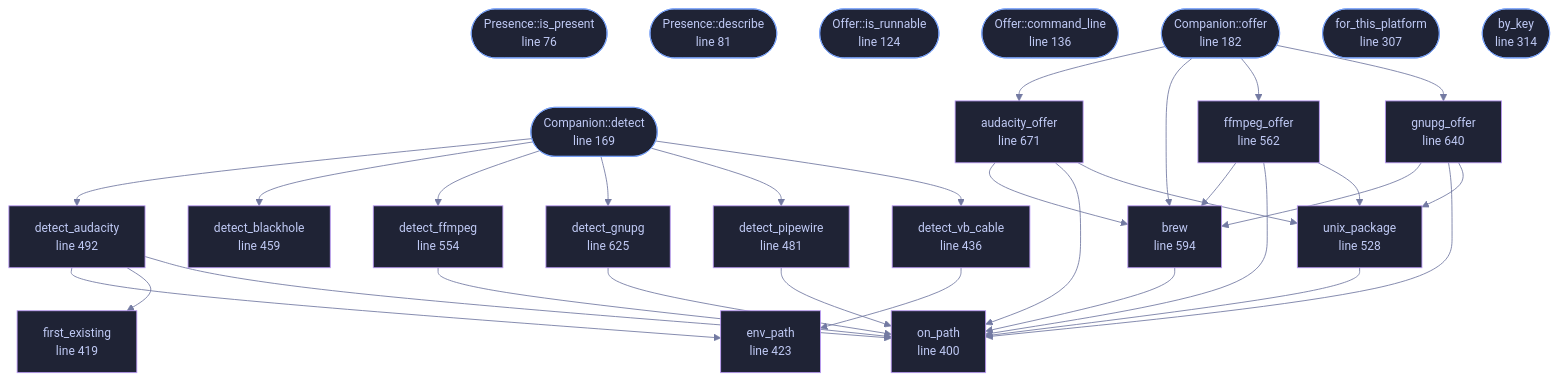
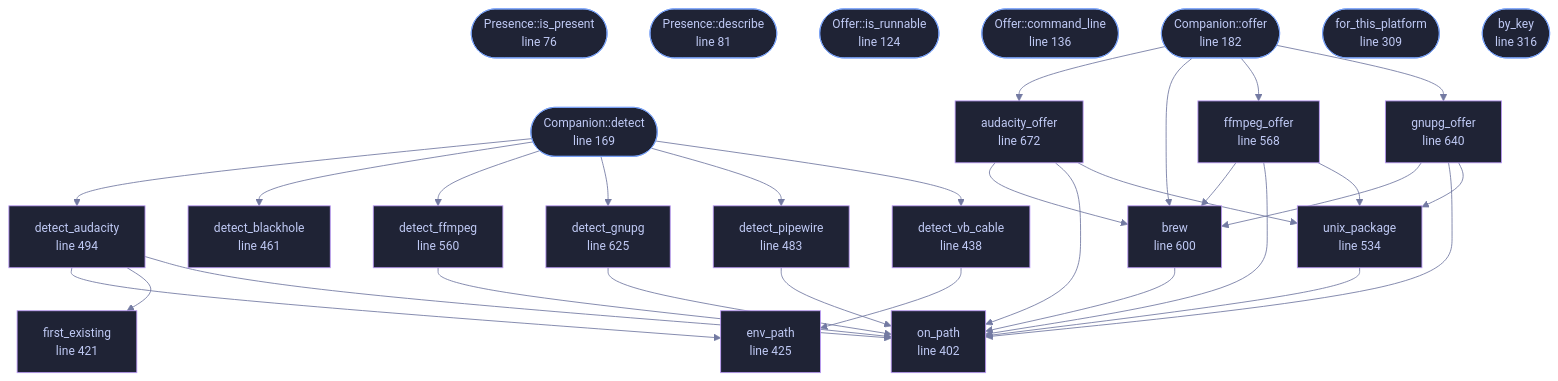
The diagram in docs/files/veilvoice-setup/companions.md (tilas01/veilvoice), drawn with Mermaid before and after one commit. The commit also changed other lines of this file and 20 other files, not shown here.

````diff
--- a/docs/files/veilvoice-setup/companions.md
+++ b/docs/files/veilvoice-setup/companions.md
@@ -123,80 +123,80 @@
 ```mermaid
 %%{init: {"theme":"base","themeVariables":{"background":"#1a1b26","primaryColor":"#1f2335","primaryTextColor":"#c0caf5","primaryBorderColor":"#7aa2f7","secondaryColor":"#16161e","tertiaryColor":"#16161e","lineColor":"#737aa2","textColor":"#c0caf5","mainBkg":"#1f2335","nodeBorder":"#7aa2f7","clusterBkg":"#16161e","clusterBorder":"#2f3549","fontFamily":"ui-monospace, SFMono-Regular, Consolas, monospace","fontSize":"14px"}}}%%
 flowchart TD
     n_is_present(["Presence::is_present<br/>line 76"])
     n_describe(["Presence::describe<br/>line 81"])
     n_is_runnable(["Offer::is_runnable<br/>line 124"])
     n_command_line(["Offer::command_line<br/>line 136"])
     n_detect(["Companion::detect<br/>line 169"])
     n_offer(["Companion::offer<br/>line 182"])
-    n_for_this_platform(["for_this_platform<br/>line 307"])
-    n_by_key(["by_key<br/>line 314"])
-    n_on_path["on_path<br/>line 400"]
-    n_first_existing["first_existing<br/>line 419"]
-    n_env_path["env_path<br/>line 423"]
-    n_detect_vb_cable["detect_vb_cable<br/>line 436"]
-    n_detect_blackhole["detect_blackhole<br/>line 459"]
-    n_detect_pipewire["detect_pipewire<br/>line 481"]
-    n_detect_audacity["detect_audacity<br/>line 492"]
-    n_unix_package["unix_package<br/>line 528"]
-    n_detect_ffmpeg["detect_ffmpeg<br/>line 554"]
-    n_ffmpeg_offer["ffmpeg_offer<br/>line 562"]
-    n_brew["brew<br/>line 594"]
+    n_for_this_platform(["for_this_platform<br/>line 309"])
+    n_by_key(["by_key<br/>line 316"])
+    n_on_path["on_path<br/>line 402"]
+    n_first_existing["first_existing<br/>line 421"]
+    n_env_path["env_path<br/>line 425"]
+    n_detect_vb_cable["detect_vb_cable<br/>line 438"]
+    n_detect_blackhole["detect_blackhole<br/>line 461"]
+    n_detect_pipewire["detect_pipewire<br/>line 483"]
+    n_detect_audacity["detect_audacity<br/>line 494"]
+    n_unix_package["unix_package<br/>line 534"]
+    n_detect_ffmpeg["detect_ffmpeg<br/>line 560"]
+    n_ffmpeg_offer["ffmpeg_offer<br/>line 568"]
+    n_brew["brew<br/>line 600"]
     n_detect_gnupg["detect_gnupg<br/>line 625"]
     n_gnupg_offer["gnupg_offer<br/>line 640"]
-    n_audacity_offer["audacity_offer<br/>line 671"]
+    n_audacity_offer["audacity_offer<br/>line 672"]
     n_audacity_offer --> n_brew
     n_audacity_offer --> n_on_path
     n_audacity_offer --> n_unix_package
     n_brew --> n_on_path
     n_detect --> n_detect_audacity
     n_detect --> n_detect_blackhole
     n_detect --> n_detect_ffmpeg
     n_detect --> n_detect_gnupg
     n_detect --> n_detect_pipewire
     n_detect --> n_detect_vb_cable
     n_detect_audacity --> n_env_path
     n_detect_audacity --> n_first_existing
     n_detect_audacity --> n_on_path
     n_detect_ffmpeg --> n_on_path
     n_detect_gnupg --> n_on_path
     n_detect_pipewire --> n_on_path
     n_detect_vb_cable --> n_env_path
     n_ffmpeg_offer --> n_brew
     n_ffmpeg_offer --> n_on_path
     n_ffmpeg_offer --> n_unix_package
     n_gnupg_offer --> n_brew
     n_gnupg_offer --> n_on_path
     n_gnupg_offer --> n_unix_package
     n_offer --> n_audacity_offer
     n_offer --> n_brew
     n_offer --> n_ffmpeg_offer
     n_offer --> n_gnupg_offer
     n_unix_package --> n_on_path
     click n_is_present href "https://github.com/tilas01/veilvoice/blob/main/crates/veilvoice-setup/src/companions.rs#L76" "open the source"
     click n_describe href "https://github.com/tilas01/veilvoice/blob/main/crates/veilvoice-setup/src/companions.rs#L81" "open the source"
     click n_is_runnable href "https://github.com/tilas01/veilvoice/blob/main/crates/veilvoice-setup/src/companions.rs#L124" "open the source"
     click n_command_line href "https://github.com/tilas01/veilvoice/blob/main/crates/veilvoice-setup/src/companions.rs#L136" "open the source"
     click n_detect href "https://github.com/tilas01/veilvoice/blob/main/crates/veilvoice-setup/src/companions.rs#L169" "open the source"
     click n_offer href "https://github.com/tilas01/veilvoice/blob/main/crates/veilvoice-setup/src/companions.rs#L182" "open the source"
-    click n_for_this_platform href "https://github.com/tilas01/veilvoice/blob/main/crates/veilvoice-setup/src/companions.rs#L307" "open the source"
-    click n_by_key href "https://github.com/tilas01/veilvoice/blob/main/crates/veilvoice-setup/src/companions.rs#L314" "open the source"
-    click n_on_path href "https://github.com/tilas01/veilvoice/blob/main/crates/veilvoice-setup/src/companions.rs#L400" "open the source"
-    click n_first_existing href "https://github.com/tilas01/veilvoice/blob/main/crates/veilvoice-setup/src/companions.rs#L419" "open the source"
-    click n_env_path href "https://github.com/tilas01/veilvoice/blob/main/crates/veilvoice-setup/src/companions.rs#L423" "open the source"
-    click n_detect_vb_cable href "https://github.com/tilas01/veilvoice/blob/main/crates/veilvoice-setup/src/companions.rs#L436" "open the source"
-    click n_detect_blackhole href "https://github.com/tilas01/veilvoice/blob/main/crates/veilvoice-setup/src/companions.rs#L459" "open the source"
-    click n_detect_pipewire href "https://github.com/tilas01/veilvoice/blob/main/crates/veilvoice-setup/src/companions.rs#L481" "open the source"
-    click n_detect_audacity href "https://github.com/tilas01/veilvoice/blob/main/crates/veilvoice-setup/src/companions.rs#L492" "open the source"
-    click n_unix_package href "https://github.com/tilas01/veilvoice/blob/main/crates/veilvoice-setup/src/companions.rs#L528" "open the source"
-    click n_detect_ffmpeg href "https://github.com/tilas01/veilvoice/blob/main/crates/veilvoice-setup/src/companions.rs#L554" "open the source"
-    click n_ffmpeg_offer href "https://github.com/tilas01/veilvoice/blob/main/crates/veilvoice-setup/src/companions.rs#L562" "open the source"
-    click n_brew href "https://github.com/tilas01/veilvoice/blob/main/crates/veilvoice-setup/src/companions.rs#L594" "open the source"
+    click n_for_this_platform href "https://github.com/tilas01/veilvoice/blob/main/crates/veilvoice-setup/src/companions.rs#L309" "open the source"
+    click n_by_key href "https://github.com/tilas01/veilvoice/blob/main/crates/veilvoice-setup/src/companions.rs#L316" "open the source"
+    click n_on_path href "https://github.com/tilas01/veilvoice/blob/main/crates/veilvoice-setup/src/companions.rs#L402" "open the source"
+    click n_first_existing href "https://github.com/tilas01/veilvoice/blob/main/crates/veilvoice-setup/src/companions.rs#L421" "open the source"
+    click n_env_path href "https://github.com/tilas01/veilvoice/blob/main/crates/veilvoice-setup/src/companions.rs#L425" "open the source"
+    click n_detect_vb_cable href "https://github.com/tilas01/veilvoice/blob/main/crates/veilvoice-setup/src/companions.rs#L438" "open the source"
+    click n_detect_blackhole href "https://github.com/tilas01/veilvoice/blob/main/crates/veilvoice-setup/src/companions.rs#L461" "open the source"
+    click n_detect_pipewire href "https://github.com/tilas01/veilvoice/blob/main/crates/veilvoice-setup/src/companions.rs#L483" "open the source"
+    click n_detect_audacity href "https://github.com/tilas01/veilvoice/blob/main/crates/veilvoice-setup/src/companions.rs#L494" "open the source"
+    click n_unix_package href "https://github.com/tilas01/veilvoice/blob/main/crates/veilvoice-setup/src/companions.rs#L534" "open the source"
+    click n_detect_ffmpeg href "https://github.com/tilas01/veilvoice/blob/main/crates/veilvoice-setup/src/companions.rs#L560" "open the source"
+    click n_ffmpeg_offer href "https://github.com/tilas01/veilvoice/blob/main/crates/veilvoice-setup/src/companions.rs#L568" "open the source"
+    click n_brew href "https://github.com/tilas01/veilvoice/blob/main/crates/veilvoice-setup/src/companions.rs#L600" "open the source"
     click n_detect_gnupg href "https://github.com/tilas01/veilvoice/blob/main/crates/veilvoice-setup/src/companions.rs#L625" "open the source"
     click n_gnupg_offer href "https://github.com/tilas01/veilvoice/blob/main/crates/veilvoice-setup/src/companions.rs#L640" "open the source"
-    click n_audacity_offer href "https://github.com/tilas01/veilvoice/blob/main/crates/veilvoice-setup/src/companions.rs#L671" "open the source"
+    click n_audacity_offer href "https://github.com/tilas01/veilvoice/blob/main/crates/veilvoice-setup/src/companions.rs#L672" "open the source"
     classDef entry fill:#1f2335,stroke:#7aa2f7,color:#c0caf5
     class n_is_present,n_describe,n_is_runnable,n_command_line,n_detect,n_offer,n_for_this_platform,n_by_key entry
     classDef helper fill:#1f2335,stroke:#bb9af7,color:#c0caf5
     class n_on_path,n_first_existing,n_env_path,n_detect_vb_cable,n_detect_blackhole,n_detect_pipewire,n_detect_audacity,n_unix_package,n_detect_ffmpeg,n_ffmpeg_offer,n_brew,n_detect_gnupg,n_gnupg_offer,n_audacity_offer helper
 ```
````
